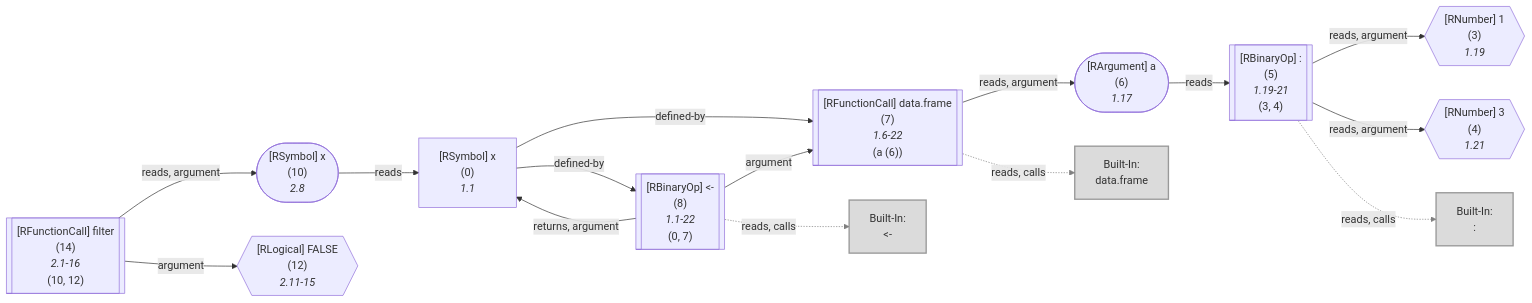
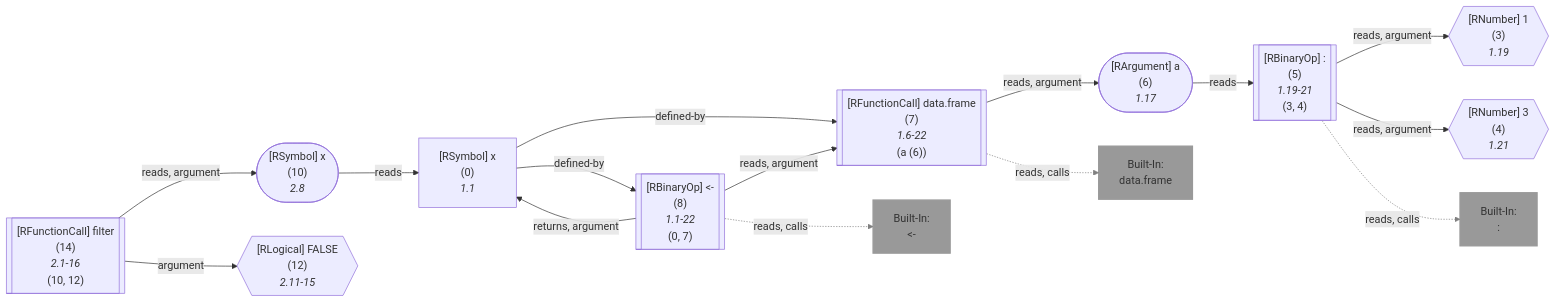
Before and after one commit to flowr-analysis/flowr: the eighth of 17 diagrams in wiki/Query API.md, drawn with Mermaid. The commit also changed other lines of this file and 18 other files, not shown here.

````diff
--- a/wiki/Query API.md
+++ b/wiki/Query API.md
@@ -3468,67 +3636,67 @@
 ```mermaid
 flowchart LR
     3{{"`#91;RNumber#93; 1
       (3)
       *1.19*`"}}
     4{{"`#91;RNumber#93; 3
       (4)
       *1.21*`"}}
     5[["`#91;RBinaryOp#93; #58;
       (5)
       *1.19-21*
     (3, 4)`"]]
     built-in::["`Built-In:
 #58;`"]
-    style built-in:: stroke:gray,fill:lightgray,stroke-width:2px,opacity:.8;
+    style built-in:: stroke:gray,fill:gray,stroke-width:2px,opacity:.8;
     6(["`#91;RArgument#93; a
       (6)
       *1.17*`"])
     7[["`#91;RFunctionCall#93; data.frame
       (7)
       *1.6-22*
     (a (6))`"]]
     built-in:data_frame["`Built-In:
 data.frame`"]
-    style built-in:data_frame stroke:gray,fill:lightgray,stroke-width:2px,opacity:.8;
+    style built-in:data_frame stroke:gray,fill:gray,stroke-width:2px,opacity:.8;
     0["`#91;RSymbol#93; x
       (0)
       *1.1*`"]
     8[["`#91;RBinaryOp#93; #60;#45;
       (8)
       *1.1-22*
     (0, 7)`"]]
     built-in:_-["`Built-In:
 #60;#45;`"]
-    style built-in:_- stroke:gray,fill:lightgray,stroke-width:2px,opacity:.8;
+    style built-in:_- stroke:gray,fill:gray,stroke-width:2px,opacity:.8;
     10(["`#91;RSymbol#93; x
       (10)
       *2.8*`"])
     12{{"`#91;RLogical#93; FALSE
       (12)
       *2.11-15*`"}}
     %% Environment of 14 [level: 0]:
     %% Built-in
-    %% 1023----------------------------------------
+    %% 3064----------------------------------------
     %%   x: {**x** (id: 0, type: Unknown, def. @8)}
     14[["`#91;RFunctionCall#93; filter
       (14)
       *2.1-16*
     (10, 12)`"]]
     5 -->|"reads, argument"| 3
     5 -->|"reads, argument"| 4
     5 -.->|"reads, calls"| built-in::
     linkStyle 2 stroke:gray;
     6 -->|"reads"| 5
     7 -->|"reads, argument"| 6
     7 -.->|"reads, calls"| built-in:data_frame
     linkStyle 5 stroke:gray;
     0 -->|"defined-by"| 7
     0 -->|"defined-by"| 8
-    8 -->|"argument"| 7
+    8 -->|"reads, argument"| 7
     8 -->|"returns, argument"| 0
     8 -.->|"reads, calls"| built-in:_-
     linkStyle 10 stroke:gray;
     10 -->|"reads"| 0
     14 -->|"reads, argument"| 10
     14 -->|"argument"| 12
 ```
````
